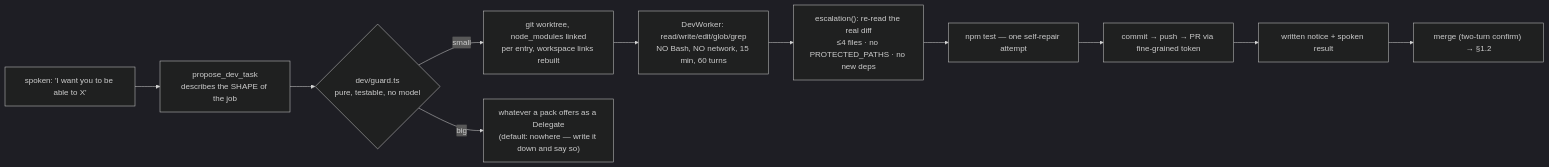
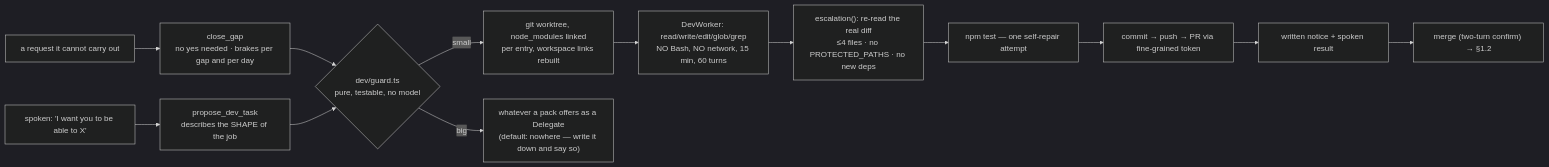
One commit to jrhimself/jarvis-core changed the third of 5 diagrams in docs/operations.md. Above: the diagram before and after it, drawn with Mermaid (dark theme). The commit also changed 102 other files, not shown here.

````diff
--- a/docs/operations.md
+++ b/docs/operations.md
@@ -95,13 +95,15 @@
 ```mermaid
 flowchart LR
     ask["spoken: 'I want you to be able to X'"] --> propose["propose_dev_task<br/>describes the SHAPE of the job"]
+    gap["a request it cannot carry out"] --> close["close_gap<br/>no yes needed · brakes per gap and per day"]
+    close --> guard
     propose --> guard{"dev/guard.ts<br/>pure, testable, no model"}
     guard -->|small| wt["git worktree, node_modules linked<br/>per entry, workspace links rebuilt"]
     guard -->|big| deleg["whatever a pack offers as a Delegate<br/>(default: nowhere — write it down and say so)"]
     wt --> worker["DevWorker: read/write/edit/glob/grep<br/>NO Bash, NO network, 15 min, 60 turns"]
     worker --> check["escalation(): re-read the real diff<br/>≤4 files · no PROTECTED_PATHS · no new deps"]
     check --> suite["npm test — one self-repair attempt"]
     suite --> pr["commit → push → PR via fine-grained token"]
     pr --> report["written notice + spoken result"]
     report --> merge["merge (two-turn confirm) → §1.2"]
 ```
````
